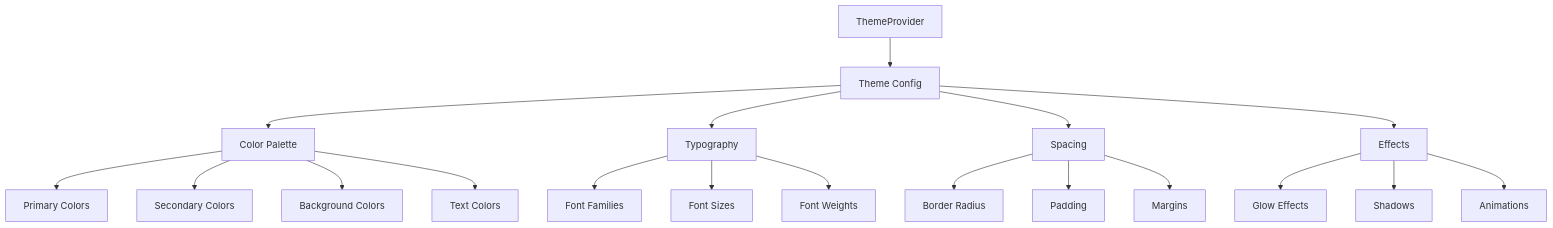
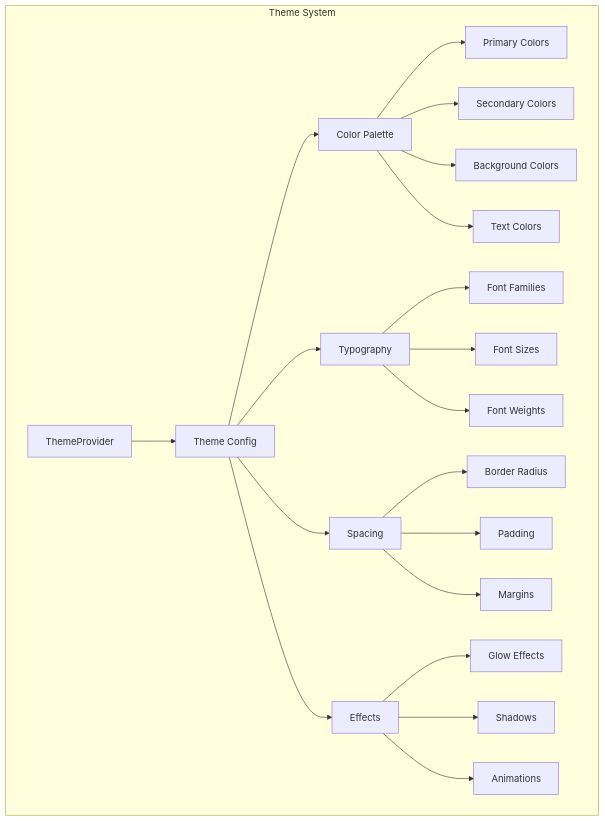
Diagram 15 of 20 in FRONTEND_ARCHITECTURE.md (ma1iik/PlayerOne), drawn with Mermaid before and after one commit. The commit also changed other lines of this file, not shown here.

````diff
--- a/FRONTEND_ARCHITECTURE.md
+++ b/FRONTEND_ARCHITECTURE.md
@@ -378,25 +384,27 @@
 ```mermaid
 graph TB
-    A[ThemeProvider] --> B[Theme Config]
-    B --> C[Color Palette]
-    B --> D[Typography]
-    B --> E[Spacing]
-    B --> F[Effects]
-    
-    C --> G[Primary Colors]
-    C --> H[Secondary Colors]
-    C --> I[Background Colors]
-    C --> J[Text Colors]
-    
-    D --> K[Font Families]
-    D --> L[Font Sizes]
-    D --> M[Font Weights]
-    
-    E --> N[Border Radius]
-    E --> O[Padding]
-    E --> P[Margins]
-    
-    F --> Q[Glow Effects]
-    F --> R[Shadows]
-    F --> S[Animations]
+    subgraph "Theme System"
+        A[ThemeProvider] --> B[Theme Config]
+        B --> C[Color Palette]
+        B --> D[Typography]
+        B --> E[Spacing]
+        B --> F[Effects]
+        
+        C --> G[Primary Colors]
+        C --> H[Secondary Colors]
+        C --> I[Background Colors]
+        C --> J[Text Colors]
+        
+        D --> K[Font Families]
+        D --> L[Font Sizes]
+        D --> M[Font Weights]
+        
+        E --> N[Border Radius]
+        E --> O[Padding]
+        E --> P[Margins]
+        
+        F --> Q[Glow Effects]
+        F --> R[Shadows]
+        F --> S[Animations]
+    end
 ```
````
